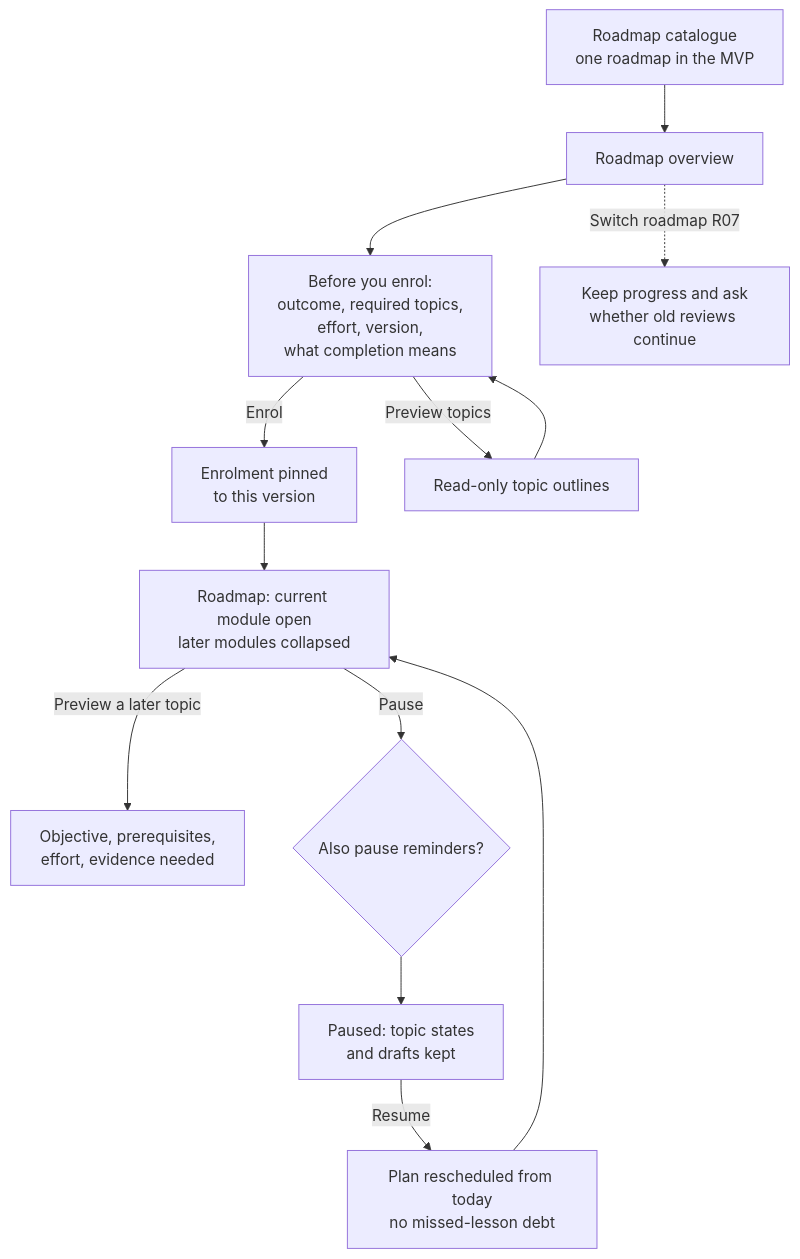
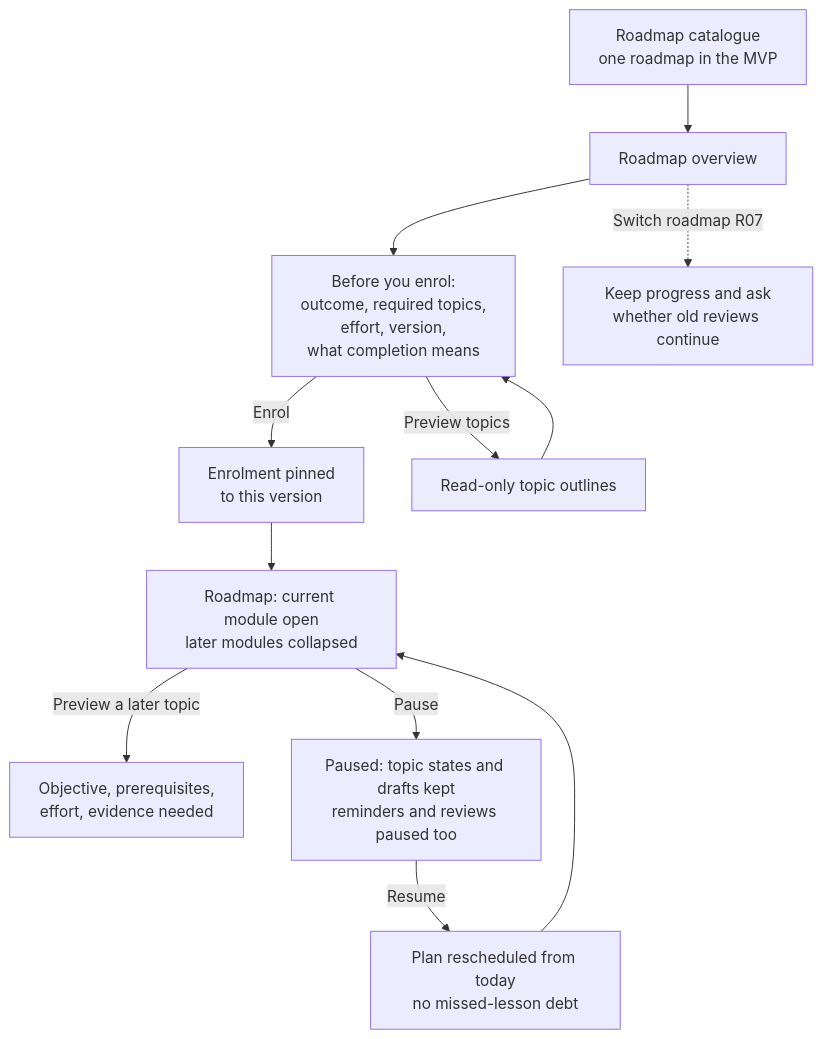
The eighth of 12 diagrams in devstep/docs/08-ux-and-screens.md (GhanshyamSoni68/app_idea), drawn with Mermaid before and after one commit. The commit also changed other lines of this file and 8 other files, not shown here.

````diff
--- a/devstep/docs/08-ux-and-screens.md
+++ b/devstep/docs/08-ux-and-screens.md
@@ -250,12 +257,12 @@
 ```mermaid
 flowchart TD
   G1["Roadmap catalogue<br/>one roadmap in the MVP"] --> G2["Roadmap overview"] --> G3["Before you enrol:<br/>outcome, required topics,<br/>effort, version,<br/>what completion means"]
   G3 -->|Enrol| G4["Enrolment pinned<br/>to this version"]
   G3 -->|Preview topics| G5["Read-only topic outlines"]
   G5 --> G3
   G4 --> G6["Roadmap: current module open<br/>later modules collapsed"]
   G6 -->|Preview a later topic| G7["Objective, prerequisites,<br/>effort, evidence needed"]
-  G6 -->|Pause| G8{"Also pause reminders?"} --> G9["Paused: topic states<br/>and drafts kept"]
+  G6 -->|Pause| G9["Paused: topic states and drafts kept<br/>reminders and reviews paused too"]
   G9 -->|Resume| G10["Plan rescheduled from today<br/>no missed-lesson debt"] --> G6
   G2 -.->|Switch roadmap R07| G11["Keep progress and ask<br/>whether old reviews continue"]
 ```
````
